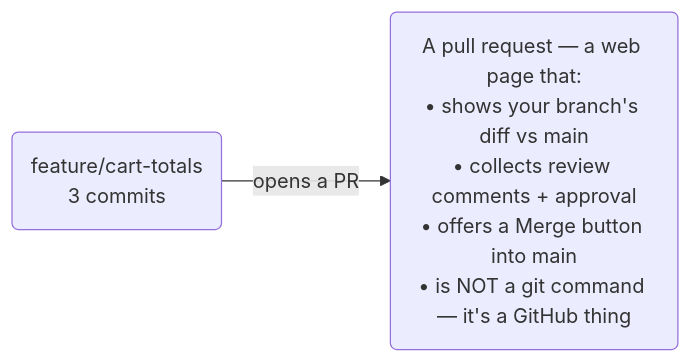
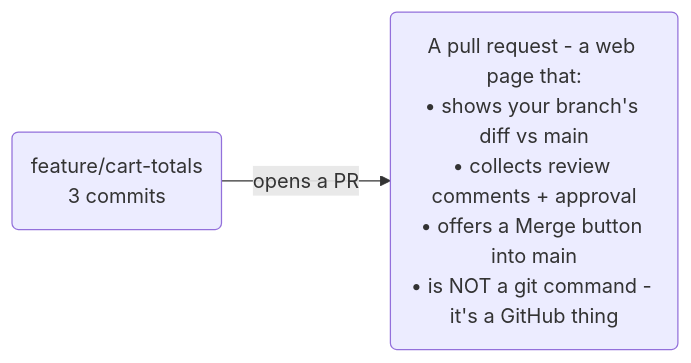
One commit to Topurrra/themissingmanual changed the diagram in guides/version-control/git-with-other-people/03-pull-requests-and-review.md. Above: the diagram before and after it, drawn with Mermaid. The commit also changed other lines of this file and 1072 other files, not shown here.

````diff
--- a/guides/version-control/git-with-other-people/03-pull-requests-and-review.md
+++ b/guides/version-control/git-with-other-people/03-pull-requests-and-review.md
@@ -30,4 +30,4 @@
 ```mermaid
 flowchart LR
-  B(feature/cart-totals<br/>3 commits) -->|opens a PR| PR(A pull request — a web page that:<br/>• shows your branch's diff vs main<br/>• collects review comments + approval<br/>• offers a Merge button into main<br/>• is NOT a git command — it's a GitHub thing)
+  B(feature/cart-totals<br/>3 commits) -->|opens a PR| PR(A pull request - a web page that:<br/>• shows your branch's diff vs main<br/>• collects review comments + approval<br/>• offers a Merge button into main<br/>• is NOT a git command - it's a GitHub thing)
 ```
````
